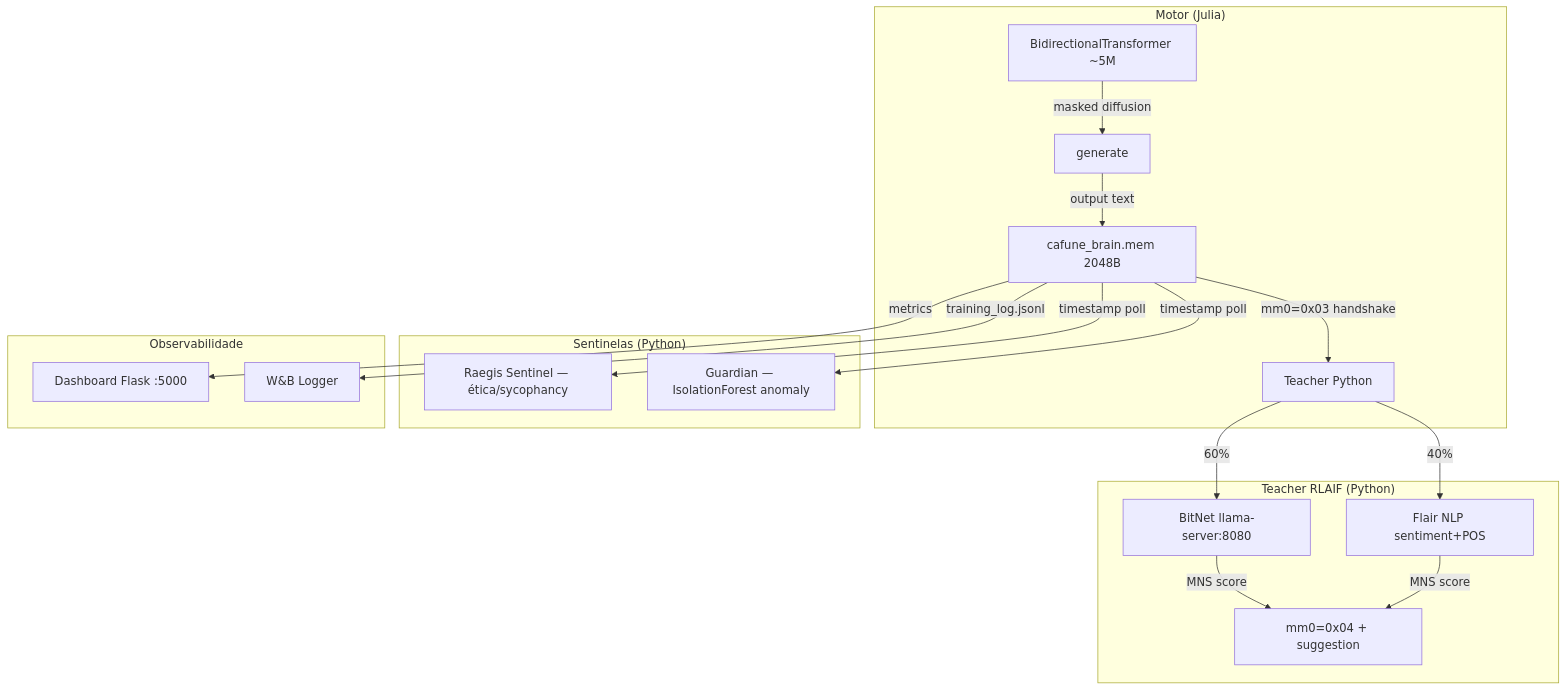
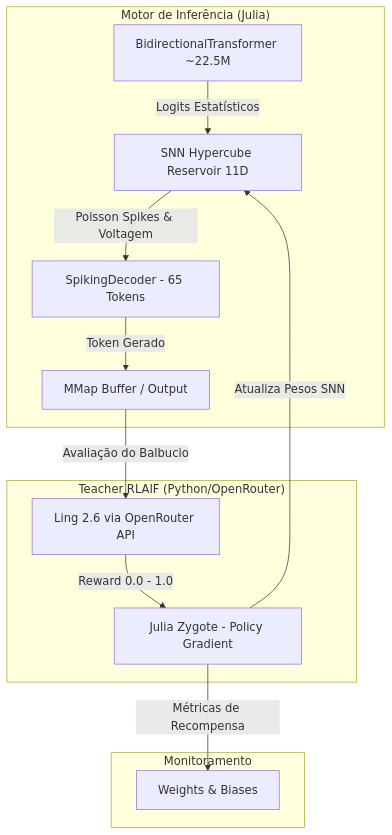
One commit to Rukafuu/CAFUNE changed the diagram in README.md. Above: the diagram before and after it, drawn with Mermaid. The commit also changed other lines of this file and 14 other files, not shown here.

Commit message:
feat: SNN 11D Hypercube integration and OpenRouter RLAIF Teacher

````diff
--- a/README.md
+++ b/README.md
@@ -23,24 +23,18 @@
 ```mermaid
 graph TD
-    subgraph Motor_Julia["Motor (Julia)"]
-        A[BidirectionalTransformer ~5M] -->|masked diffusion| B[generate]
-        B -->|output text| C[cafune_brain.mem 2048B]
-        C -->|mm0=0x03 handshake| D[Teacher Python]
+    subgraph Motor_Julia["Motor de Inferência (Julia)"]
+        A[BidirectionalTransformer ~22.5M] -->|Logits Estatísticos| B[SNN Hypercube Reservoir 11D]
+        B -->|Poisson Spikes & Voltagem| C[SpikingDecoder - 65 Tokens]
+        C -->|Token Gerado| D[MMap Buffer / Output]
     end
 
-    subgraph Teacher_Python["Teacher RLAIF (Python)"]
-        D -->|60%| E[BitNet llama-server:8080]
-        D -->|40%| F[Flair NLP sentiment+POS]
-        E & F -->|MNS score| G[mm0=0x04 + suggestion]
+    subgraph Teacher_Python["Teacher RLAIF (Python/OpenRouter)"]
+        D -->|Avaliação do Balbucio| E[Ling 2.6 via OpenRouter API]
+        E -->|Reward 0.0 - 1.0| F[Julia Zygote - Policy Gradient]
+        F -->|Atualiza Pesos SNN| B
     end
 
-    subgraph Sentinelas["Sentinelas (Python)"]
-        C -->|timestamp poll| H[Raegis Sentinel — ética/sycophancy]
-        C -->|timestamp poll| I[Guardian — IsolationForest anomaly]
-    end
-
-    subgraph Observabilidade["Observabilidade"]
-        C -->|metrics| J[Dashboard Flask :5000]
-        C -->|training_log.jsonl| K[W&B Logger]
+    subgraph Observabilidade["Monitoramento"]
+        F -->|Métricas de Recompensa| G[Weights & Biases]
     end
 ```
````
